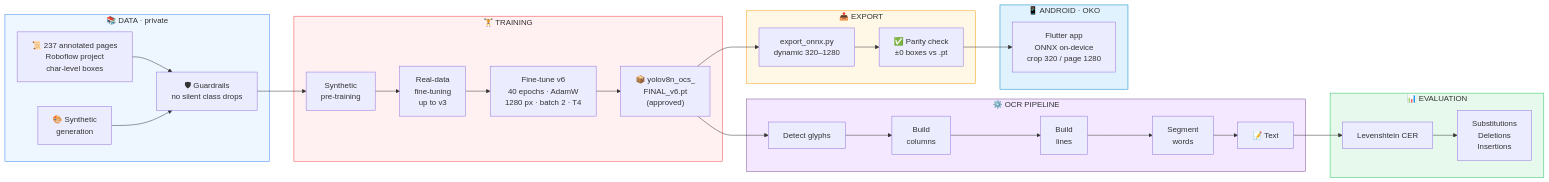
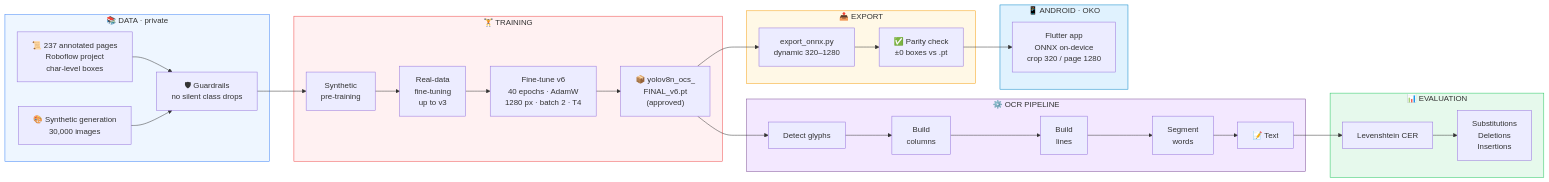
One commit to Mulatef-Aldahia/Old-Church-Slavonic-OCR changed the second of 3 diagrams in README.md. Above: the diagram before and after it, drawn with Mermaid. The commit also changed other lines of this file, not shown here.

````diff
--- a/README.md
+++ b/README.md
@@ -167,43 +167,43 @@
 ```mermaid
 flowchart LR
     subgraph DATA["📚 DATA · private"]
         D1["📜 237 annotated pages<br/>Roboflow project<br/>char-level boxes"]
-        D2["🎨 Synthetic<br/>generation"]
+        D2["🎨 Synthetic generation<br/>30,000 images"]
         D3["🛡 Guardrails<br/>no silent class drops"]
         D1 --> D3
         D2 --> D3
     end
 
     subgraph TRAIN["🏋 TRAINING"]
         T0["Synthetic<br/>pre-training"] --> T1["Real-data<br/>fine-tuning<br/>up to v3"] --> T2["Fine-tune v6<br/>40 epochs · AdamW<br/>1280 px · batch 2 · T4"] --> T3["📦 yolov8n_ocs_<br/>FINAL_v6.pt<br/>(approved)"]
     end
 
     subgraph EXPORT["📤 EXPORT"]
         E1["export_onnx.py<br/>dynamic 320–1280"] --> E2["✅ Parity check<br/>±0 boxes vs .pt"]
     end
 
     subgraph PIPE["⚙️ OCR PIPELINE"]
         P1["Detect glyphs"] --> P2["Build<br/>columns"] --> P3["Build<br/>lines"] --> P4["Segment<br/>words"] --> P5["📝 Text"]
     end
 
     subgraph EVAL["📊 EVALUATION"]
         V1["Levenshtein CER"] --> V2["Substitutions<br/>Deletions<br/>Insertions"]
     end
 
     subgraph APP["📱 ANDROID · OKO"]
         A1["Flutter app<br/>ONNX on-device<br/>crop 320 / page 1280"]
     end
 
     D3 --> T0
     T3 --> E1
     T3 --> P1
     E2 --> A1
     P5 --> V1
 
     style DATA fill:#eef6ff,stroke:#3b82f6
     style TRAIN fill:#fff1f2,stroke:#ef4444
     style EXPORT fill:#fff8e6,stroke:#f59e0b
     style PIPE fill:#f3e8ff,stroke:#7b4b94
     style EVAL fill:#e6f9ec,stroke:#22c55e
     style APP fill:#e0f2fe,stroke:#0284c7
 ```
````
